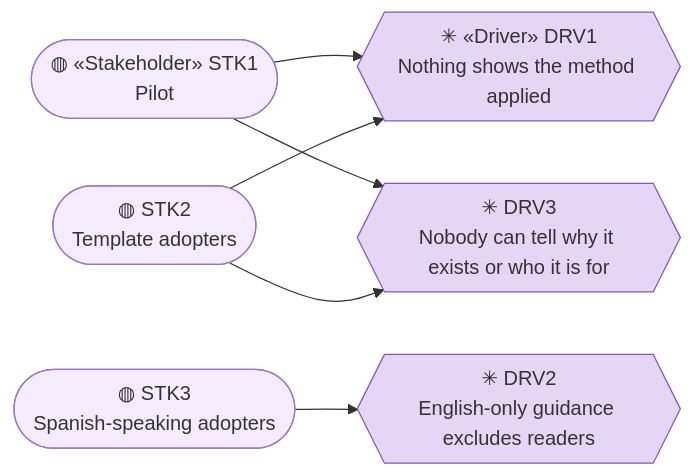
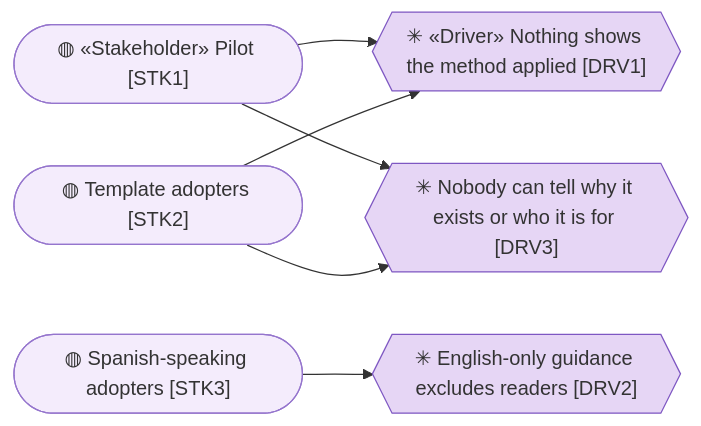
The second of 4 diagrams in product-archreator/site/architecture/1_strategy/1_motivation.md (roanboc/architecture-archreator), drawn with Mermaid before and after one commit. The commit also changed other lines of this file and 38 other files, not shown here.

````diff
--- a/product-archreator/site/architecture/1_strategy/1_motivation.md
+++ b/product-archreator/site/architecture/1_strategy/1_motivation.md
@@ -40,19 +40,19 @@
 ```mermaid
 flowchart LR
-  stk1(["◍ «Stakeholder» STK1<br>Pilot"]):::stakeholder
-  stk2(["◍ STK2<br>Template adopters"]):::stakeholder
-  stk3(["◍ STK3<br>Spanish-speaking adopters"]):::stakeholder
+  stk1(["◍ «Stakeholder» Pilot [STK1]"]):::stakeholder
+  stk2(["◍ Template adopters [STK2]"]):::stakeholder
+  stk3(["◍ Spanish-speaking adopters [STK3]"]):::stakeholder
 
-  drv1{{"✳ «Driver» DRV1<br>Nothing shows the method applied"}}:::driver
-  drv2{{"✳ DRV2<br>English-only guidance excludes readers"}}:::driver
-  drv3{{"✳ DRV3<br>Nobody can tell why it exists or who it is for"}}:::driver
+  drv1{{"✳ «Driver» Nothing shows the method applied [DRV1]"}}:::driver
+  drv2{{"✳ English-only guidance excludes readers [DRV2]"}}:::driver
+  drv3{{"✳ Nobody can tell why it exists or who it is for [DRV3]"}}:::driver
 
   stk1 --> drv1
   stk1 --> drv3
   stk2 --> drv1
   stk2 --> drv3
   stk3 --> drv2
 
   classDef stakeholder fill:#f4ecfc,stroke:#9575cd,color:#333
   classDef driver fill:#e6d6f5,stroke:#7e57c2,color:#333
 ```
````
